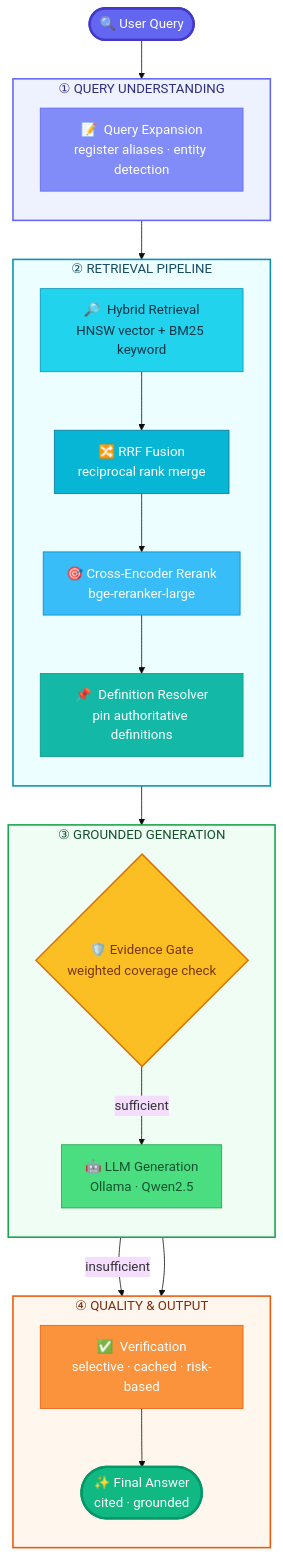
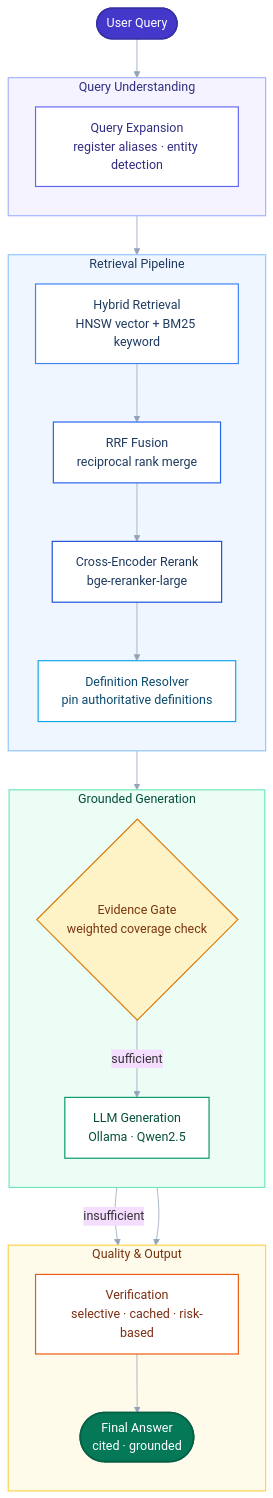
Before and after one commit to TensorTorch777/DocIntel: the diagram in README.md, drawn with Mermaid. The commit also changed other lines of this file and 33 other files, not shown here.

````diff
--- a/README.md
+++ b/README.md
@@ -30,60 +28,60 @@
 ```mermaid
-%%{init: {'theme': 'base', 'themeVariables': {'fontSize': '17px', 'fontFamily': 'Segoe UI, system-ui, sans-serif'}}}%%
+%%{init: {'theme': 'base', 'themeVariables': {'fontSize': '16px', 'fontFamily': 'Segoe UI, system-ui, sans-serif', 'lineColor': '#94A3B8'}}}%%
 flowchart TB
-    Q(["🔍  User Query"])
+    Q(["User Query"])
 
-    subgraph S1["①  QUERY UNDERSTANDING"]
+    subgraph S1["Query Understanding"]
         direction TB
-        QE["📝  Query Expansion<br/>register aliases · entity detection"]
+        QE["Query Expansion<br/>register aliases · entity detection"]
     end
 
-    subgraph S2["②  RETRIEVAL PIPELINE"]
+    subgraph S2["Retrieval Pipeline"]
         direction TB
-        HR["🔎  Hybrid Retrieval<br/>HNSW vector + BM25 keyword"]
-        RRF["🔀  RRF Fusion<br/>reciprocal rank merge"]
-        RER["🎯  Cross-Encoder Rerank<br/>bge-reranker-large"]
-        DR["📌  Definition Resolver<br/>pin authoritative definitions"]
+        HR["Hybrid Retrieval<br/>HNSW vector + BM25 keyword"]
+        RRF["RRF Fusion<br/>reciprocal rank merge"]
+        RER["Cross-Encoder Rerank<br/>bge-reranker-large"]
+        DR["Definition Resolver<br/>pin authoritative definitions"]
     end
 
-    subgraph S3["③  GROUNDED GENERATION"]
+    subgraph S3["Grounded Generation"]
         direction TB
-        EG{"🛡️  Evidence Gate<br/>weighted coverage check"}
-        LLM["🤖  LLM Generation<br/>Ollama · Qwen2.5"]
+        EG{"Evidence Gate<br/>weighted coverage check"}
+        LLM["LLM Generation<br/>Ollama · Qwen2.5"]
     end
 
-    subgraph S4["④  QUALITY & OUTPUT"]
+    subgraph S4["Quality & Output"]
         direction TB
-        VER["✅  Verification<br/>selective · cached · risk-based"]
-        ANS(["✨  Final Answer<br/>cited · grounded"])
+        VER["Verification<br/>selective · cached · risk-based"]
+        ANS(["Final Answer<br/>cited · grounded"])
     end
 
     Q --> QE
     QE --> HR
     HR --> RRF
     RRF --> RER
     RER --> DR
     DR --> EG
     EG -->|sufficient| LLM
     EG -->|insufficient| ANS
     LLM --> VER
     VER --> ANS
 
-    style Q fill:#6366f1,stroke:#4338ca,color:#ffffff,stroke-width:3px
-    style ANS fill:#10b981,stroke:#059669,color:#ffffff,stroke-width:3px
+    style Q fill:#4338CA,stroke:#3730A3,color:#FFFFFF,stroke-width:2px
+    style ANS fill:#047857,stroke:#065F46,color:#FFFFFF,stroke-width:2px
 
-    style S1 fill:#eef2ff,stroke:#6366f1,color:#312e81,stroke-width:2px
-    style S2 fill:#ecfeff,stroke:#0891b2,color:#164e63,stroke-width:2px
-    style S3 fill:#f0fdf4,stroke:#16a34a,color:#14532d,stroke-width:2px
-    style S4 fill:#fff7ed,stroke:#ea580c,color:#7c2d12,stroke-width:2px
+    style S1 fill:#F5F3FF,stroke:#A5B4FC,color:#312E81,stroke-width:1.5px
+    style S2 fill:#EFF6FF,stroke:#93C5FD,color:#1E3A5F,stroke-width:1.5px
+    style S3 fill:#ECFDF5,stroke:#6EE7B7,color:#064E3B,stroke-width:1.5px
+    style S4 fill:#FFFBEB,stroke:#FCD34D,color:#78350F,stroke-width:1.5px
 
-    style QE fill:#818cf8,stroke:#6366f1,color:#ffffff
-    style HR fill:#22d3ee,stroke:#0891b2,color:#083344
-    style RRF fill:#06b6d4,stroke:#0e7490,color:#ffffff
-    style RER fill:#38bdf8,stroke:#0284c7,color:#ffffff
-    style DR fill:#14b8a6,stroke:#0d9488,color:#ffffff
+    style QE fill:#FFFFFF,stroke:#6366F1,color:#312E81,stroke-width:1.5px
+    style HR fill:#FFFFFF,stroke:#3B82F6,color:#1E3A5F,stroke-width:1.5px
+    style RRF fill:#FFFFFF,stroke:#2563EB,color:#1E3A5F,stroke-width:1.5px
+    style RER fill:#FFFFFF,stroke:#1D4ED8,color:#1E3A5F,stroke-width:1.5px
+    style DR fill:#FFFFFF,stroke:#0EA5E9,color:#0C4A6E,stroke-width:1.5px
 
-    style EG fill:#fbbf24,stroke:#d97706,color:#78350f,stroke-width:2px
-    style LLM fill:#4ade80,stroke:#16a34a,color:#14532d
+    style EG fill:#FEF3C7,stroke:#D97706,color:#78350F,stroke-width:1.5px
+    style LLM fill:#FFFFFF,stroke:#059669,color:#064E3B,stroke-width:1.5px
 
-    style VER fill:#fb923c,stroke:#ea580c,color:#ffffff
+    style VER fill:#FFFFFF,stroke:#EA580C,color:#7C2D12,stroke-width:1.5px
 ```
````
